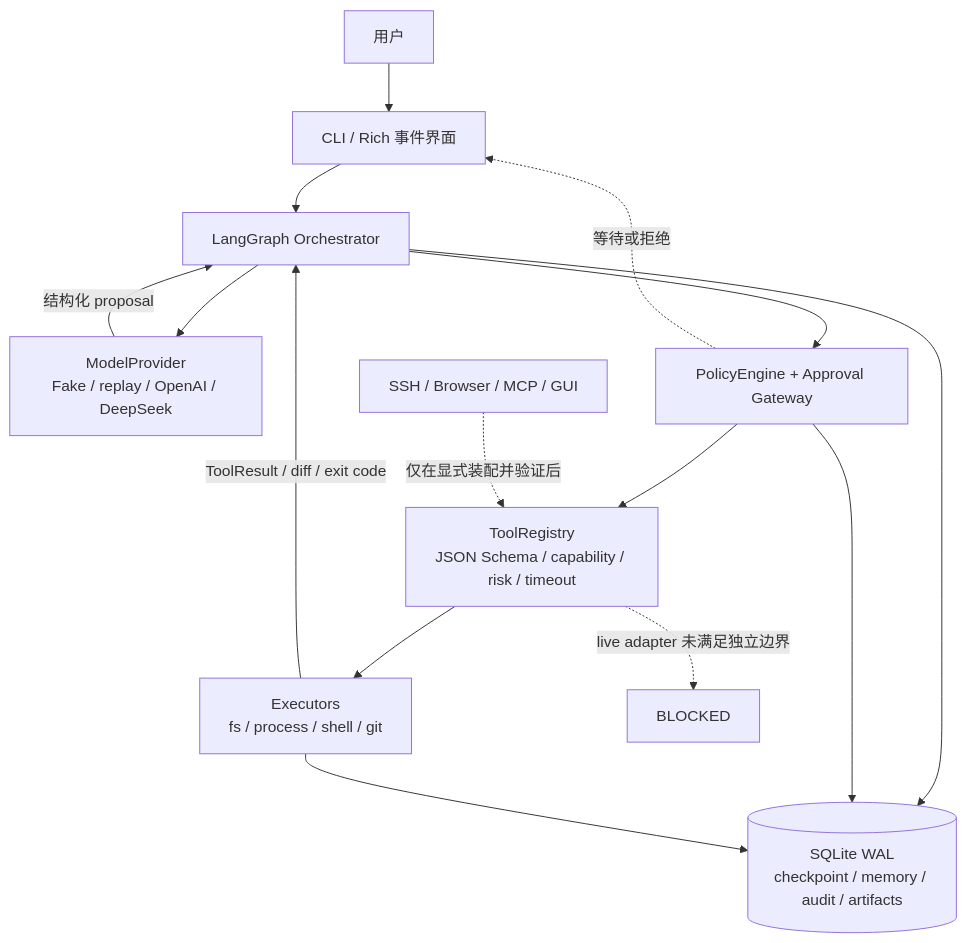
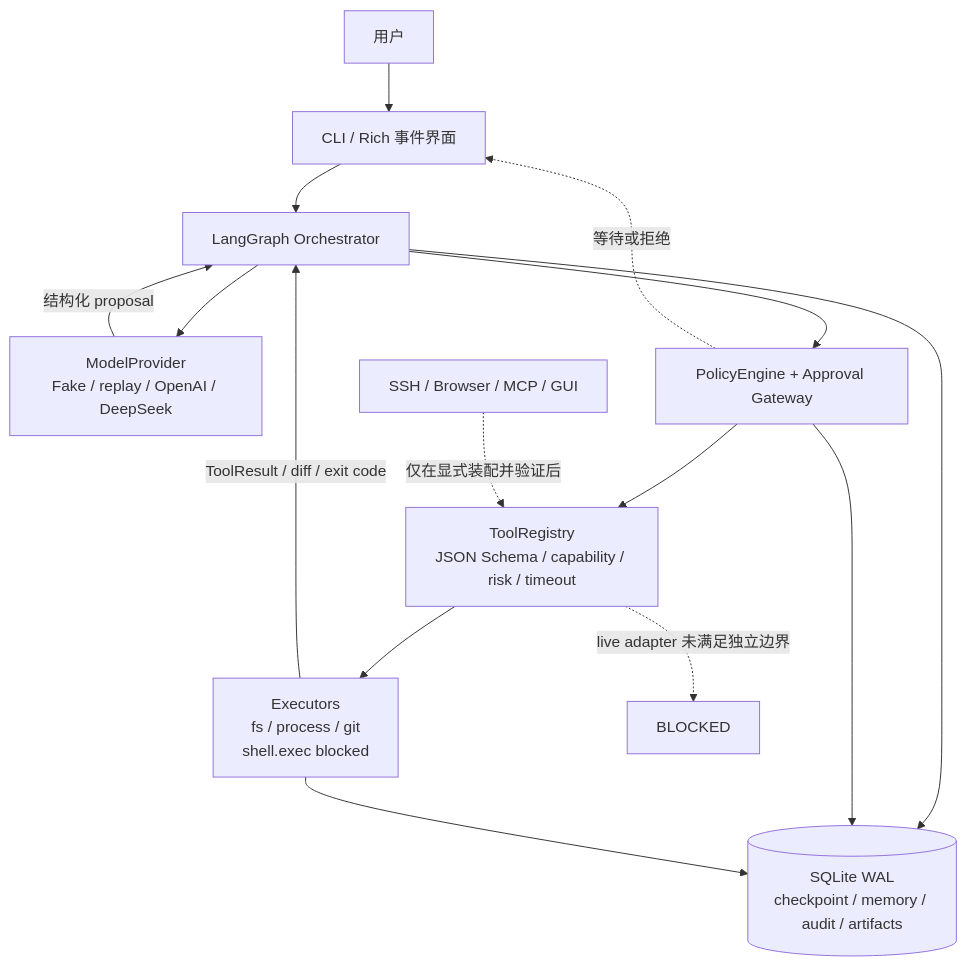
Before and after one commit to AndyBestaa/agentlearn: the first of 2 diagrams in docs/architecture.md, drawn with Mermaid. The commit also changed other lines of this file and 17 other files, not shown here.

````diff
--- a/docs/architecture.md
+++ b/docs/architecture.md
@@ -7,18 +7,18 @@
 ```mermaid
 flowchart TB
     U[用户] --> C[CLI / Rich 事件界面]
     C --> O[LangGraph Orchestrator]
     O --> M[ModelProvider<br/>Fake / replay / OpenAI / DeepSeek]
     M -->|结构化 proposal| O
     O --> P[PolicyEngine + Approval Gateway]
     P --> R[ToolRegistry<br/>JSON Schema / capability / risk / timeout]
-    R --> E[Executors<br/>fs / process / shell / git]
+    R --> E[Executors<br/>fs / process / git<br/>shell.exec blocked]
     E -->|ToolResult / diff / exit code| O
     O --> D[(SQLite WAL<br/>checkpoint / memory / audit / artifacts)]
     P --> D
     E --> D
 
     P -. 等待或拒绝 .-> C
     R -. live adapter 未满足独立边界 .-> B[BLOCKED]
     X[SSH / Browser / MCP / GUI] -. 仅在显式装配并验证后 .-> R
 ```
````
